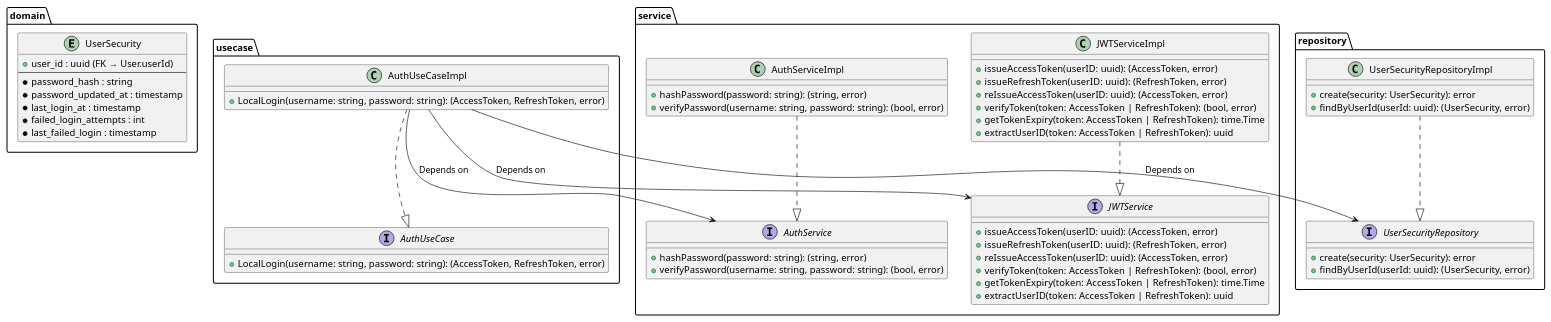
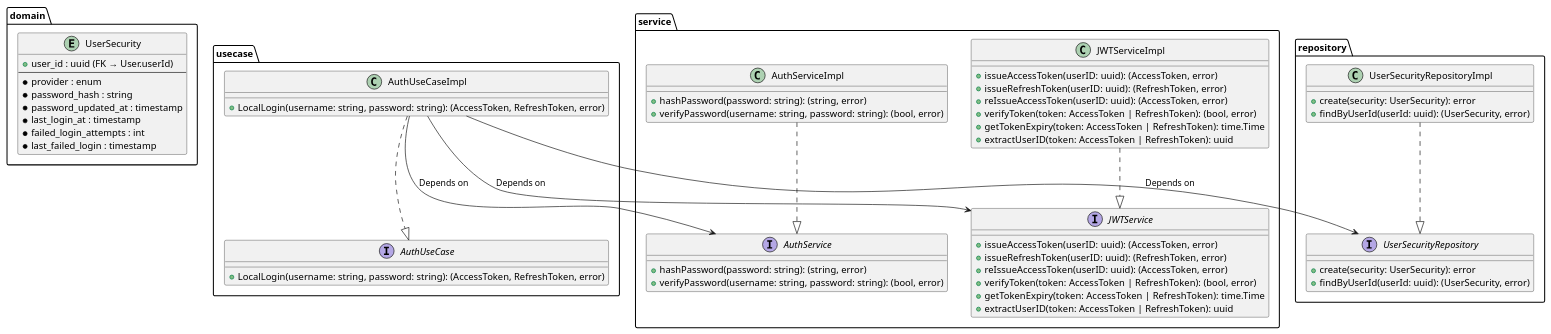
The diagram in go/services/auth/docs/classDiagram.pu (POPOTINESU/GrowthSphere), drawn with PlantUML before and after one commit. The commit also changed 3 other files, not shown here.

Commit message:
doc: move provider to authSchema

```diff
--- a/go/services/auth/docs/classDiagram.pu
+++ b/go/services/auth/docs/classDiagram.pu
@@ -1,75 +1,76 @@
 @startuml
 package domain {
     entity UserSecurity {
         + user_id : uuid (FK → User.userId)
         --
+        * provider : enum
         * password_hash : string
         * password_updated_at : timestamp
         * last_login_at : timestamp
         * failed_login_attempts : int
         * last_failed_login : timestamp
     }
 }
 
 package usecase {
     interface AuthUseCase {
         + LocalLogin(username: string, password: string): (AccessToken, RefreshToken, error)
     }
 
     class AuthUseCaseImpl {
         + LocalLogin(username: string, password: string): (AccessToken, RefreshToken, error)
     }
 }
 
 package service {
     interface AuthService {
         + hashPassword(password: string): (string, error)
         + verifyPassword(username: string, password: string): (bool, error)
     }
 
     interface JWTService {
         + issueAccessToken(userID: uuid): (AccessToken, error)
         + issueRefreshToken(userID: uuid): (RefreshToken, error)
         + reIssueAccessToken(userID: uuid): (AccessToken, error)
         + verifyToken(token: AccessToken | RefreshToken): (bool, error)
         + getTokenExpiry(token: AccessToken | RefreshToken): time.Time
         + extractUserID(token: AccessToken | RefreshToken): uuid
     }
 
     class AuthServiceImpl {
         + hashPassword(password: string): (string, error)
         + verifyPassword(username: string, password: string): (bool, error)
     }
 
     class JWTServiceImpl {
         + issueAccessToken(userID: uuid): (AccessToken, error)
         + issueRefreshToken(userID: uuid): (RefreshToken, error)
         + reIssueAccessToken(userID: uuid): (AccessToken, error)
         + verifyToken(token: AccessToken | RefreshToken): (bool, error)
         + getTokenExpiry(token: AccessToken | RefreshToken): time.Time
         + extractUserID(token: AccessToken | RefreshToken): uuid
     }
 }
 
 package repository {
     interface UserSecurityRepository {
         + create(security: UserSecurity): error
         + findByUserId(userId: uuid): (UserSecurity, error)
     }
 
     class UserSecurityRepositoryImpl {
         + create(security: UserSecurity): error
         + findByUserId(userId: uuid): (UserSecurity, error)
     }
 }
 
 AuthUseCaseImpl ..|> AuthUseCase
 AuthUseCaseImpl --> AuthService : Depends on
 AuthUseCaseImpl --> JWTService : Depends on
 AuthUseCaseImpl --> UserSecurityRepository : Depends on
 
 AuthServiceImpl ..|> AuthService
 JWTServiceImpl ..|> JWTService
 
 UserSecurityRepositoryImpl ..|> UserSecurityRepository
 @enduml
```
